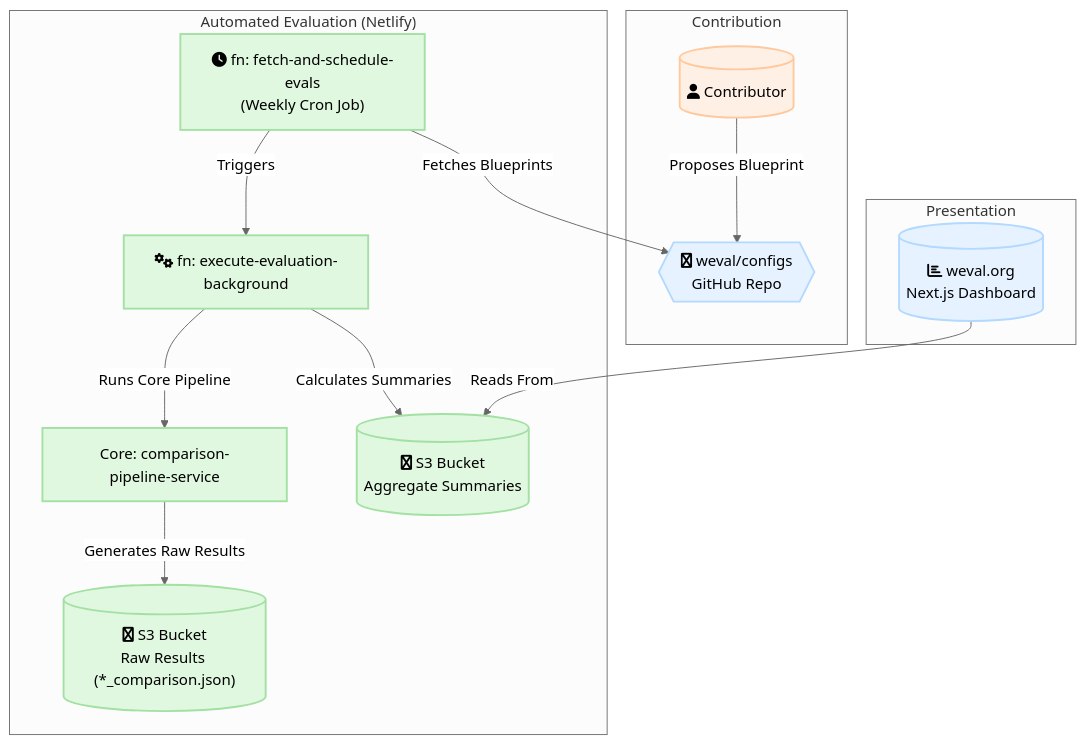
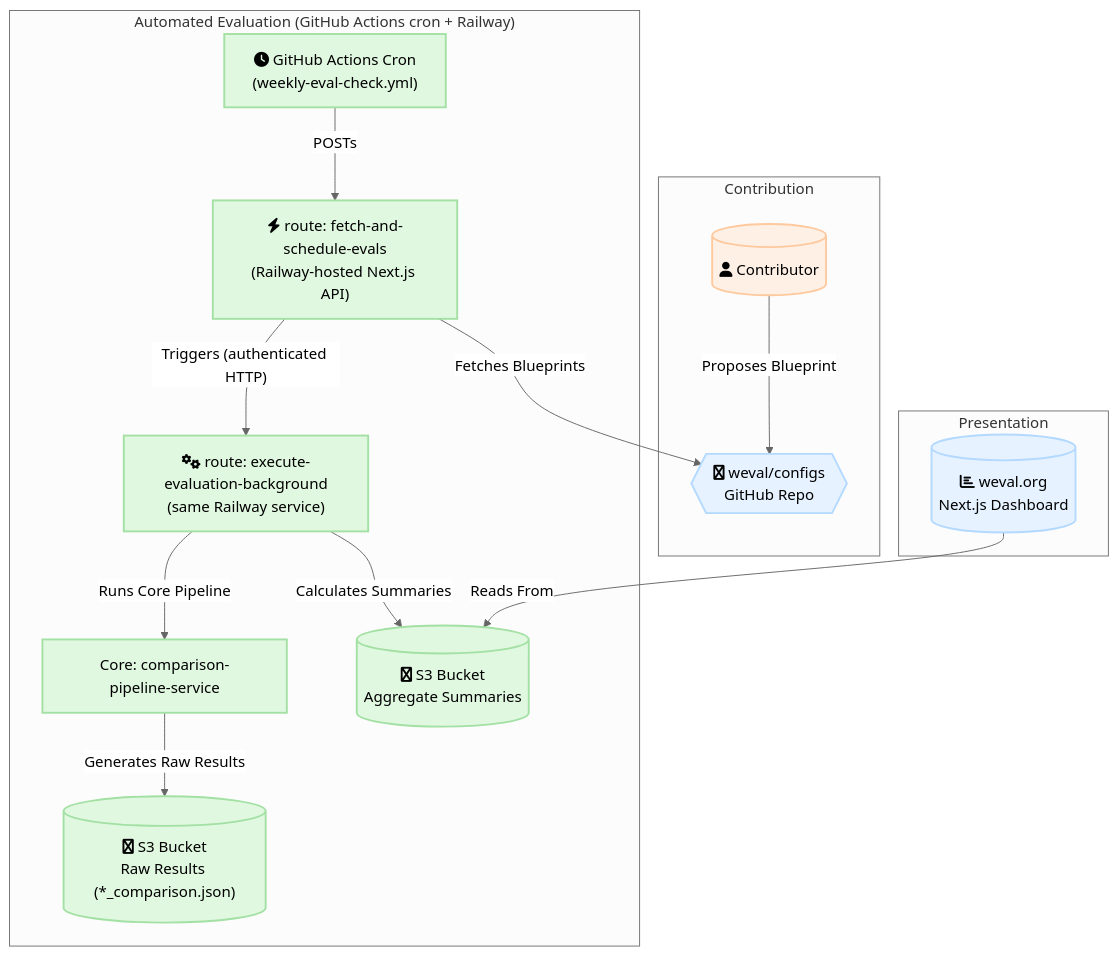
One commit to weval-org/app changed the first of 4 diagrams in docs/ARCHITECTURE.md. Above: the diagram before and after it, drawn with Mermaid (neutral theme). The commit also changed other lines of this file, not shown here.

Commit message:
docs: Refine descriptions of automated and interactive workflows, and improve storage architecture section with new data organization insights.

````diff
--- a/docs/ARCHITECTURE.md
+++ b/docs/ARCHITECTURE.md
@@ -17,26 +19,27 @@
 ```mermaid
 graph TD
     subgraph "Contribution"
         A[("fa:fa-user Contributor")] -- Proposes Blueprint --> B{{"fa:fa-github weval/configs<br>GitHub Repo"}}
     end
 
-    subgraph "Automated Evaluation (Netlify)"
-        C["fa:fa-clock fn: fetch-and-schedule-evals<br>(Weekly Cron Job)"] -- Fetches Blueprints --> B
-        C -- Triggers --> D["fa:fa-cogs fn: execute-evaluation-background"]
+    subgraph "Automated Evaluation (GitHub Actions cron + Railway)"
+        C0["fa:fa-clock GitHub Actions Cron<br>(weekly-eval-check.yml)"] -- POSTs --> C
+        C["fa:fa-bolt route: fetch-and-schedule-evals<br>(Railway-hosted Next.js API)"] -- Fetches Blueprints --> B
+        C -- Triggers (authenticated HTTP) --> D["fa:fa-cogs route: execute-evaluation-background<br>(same Railway service)"]
         D -- Runs Core Pipeline --> E[Core: comparison-pipeline-service]
         E -- Generates Raw Results --> F[("fa:fa-aws S3 Bucket<br>Raw Results (*_comparison.json)")]
         D -- Calculates Summaries --> G[("fa:fa-aws S3 Bucket<br>Aggregate Summaries")]
     end
 
     subgraph "Presentation"
         H[("fa:fa-chart-bar weval.org<br>Next.js Dashboard")] -- Reads From --> G
     end
 
     classDef user fill:#fff0e6,stroke:#ffc99e,stroke-width:2px;
     classDef platform fill:#e6f2ff,stroke:#b3d9ff,stroke-width:2px;
     classDef process fill:#e0f7e0,stroke:#a3e0a3,stroke-width:2px;
     
     class A user;
     class B,H platform;
-    class C,D,E,F,G process;
+    class C0,C,D,E,F,G process;
 ```
````
